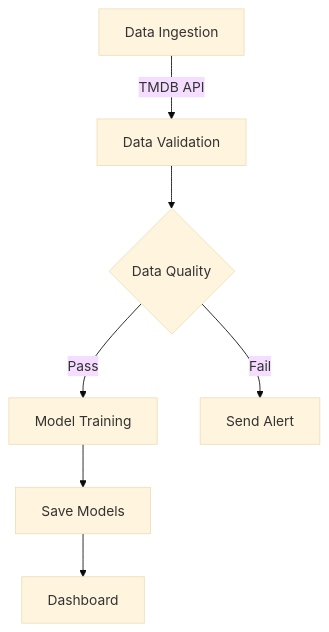
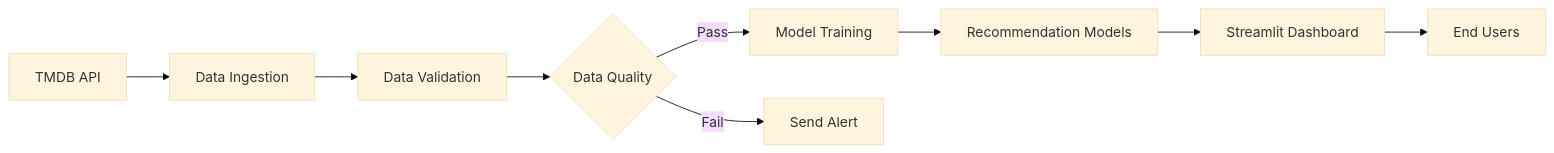
Before and after one commit to harsh782patel/tmdb-movie-recommender: the diagram in README.md, drawn with Mermaid (base theme). The commit also changed other lines of this file, not shown here.

````diff
--- a/README.md
+++ b/README.md
@@ -94,9 +26,11 @@
 ```mermaid
-graph TD
-    A[Data Ingestion] -->|TMDB API| B[Data Validation]
-    B --> C{Data Quality}
-    C -->|Pass| D[Model Training]
-    C -->|Fail| E[Send Alert]
-    D --> F[Save Models]
-    F --> G[Dashboard]
+graph LR
+    A[TMDB API] --> B[Data Ingestion]
+    B --> C[Data Validation]
+    C --> D{Data Quality}
+    D -->|Pass| E[Model Training]
+    D -->|Fail| F[Send Alert]
+    E --> G[Recommendation Models]
+    G --> H[Streamlit Dashboard]
+    H --> I[End Users]
 ```
````
